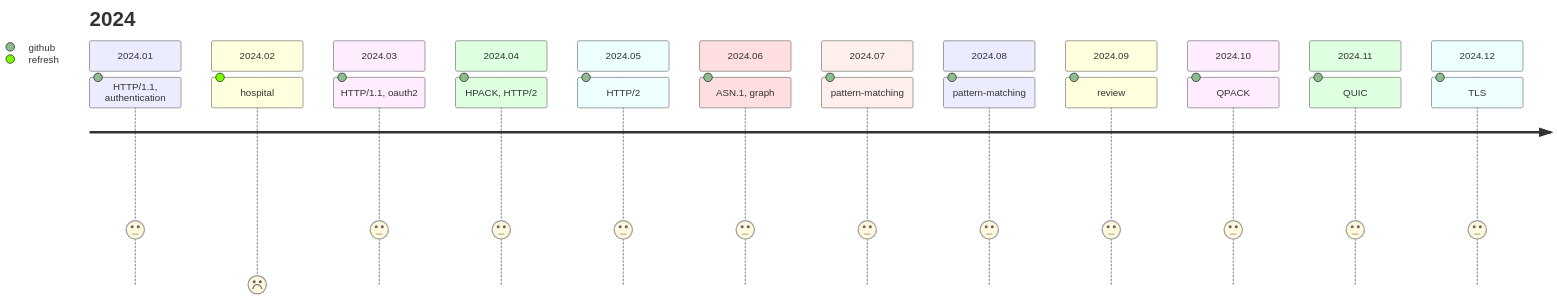
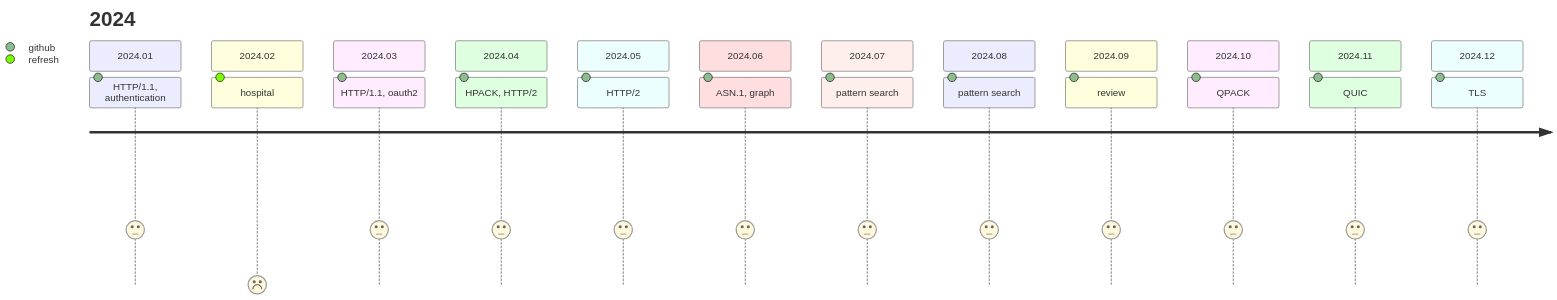
Before and after one commit to princeb612/hotplace: the third of 4 diagrams in DEVNOTES.md, drawn with Mermaid. The commit also changed 368 other files, not shown here.

````diff
--- a/DEVNOTES.md
+++ b/DEVNOTES.md
@@ -300,28 +300,28 @@
 ```mermaid
 journey
   title 2024
   section 2024.01
     HTTP/1.1, authentication:3:github
   section 2024.02
     hospital:0:refresh
   section 2024.03
     HTTP/1.1, oauth2:3:github
   section 2024.04
     HPACK, HTTP/2:3:github
   section 2024.05
     HTTP/2:3:github
   section 2024.06
     ASN.1, graph:3:github
   section 2024.07
-    pattern-matching:3:github
+    pattern search:3:github
   section 2024.08
-    pattern-matching:3:github
+    pattern search:3:github
   section 2024.09
     review:3:github
   section 2024.10
     QPACK:3:github
   section 2024.11
     QUIC:3:github
   section 2024.12
     TLS:3:github
 ```
````
